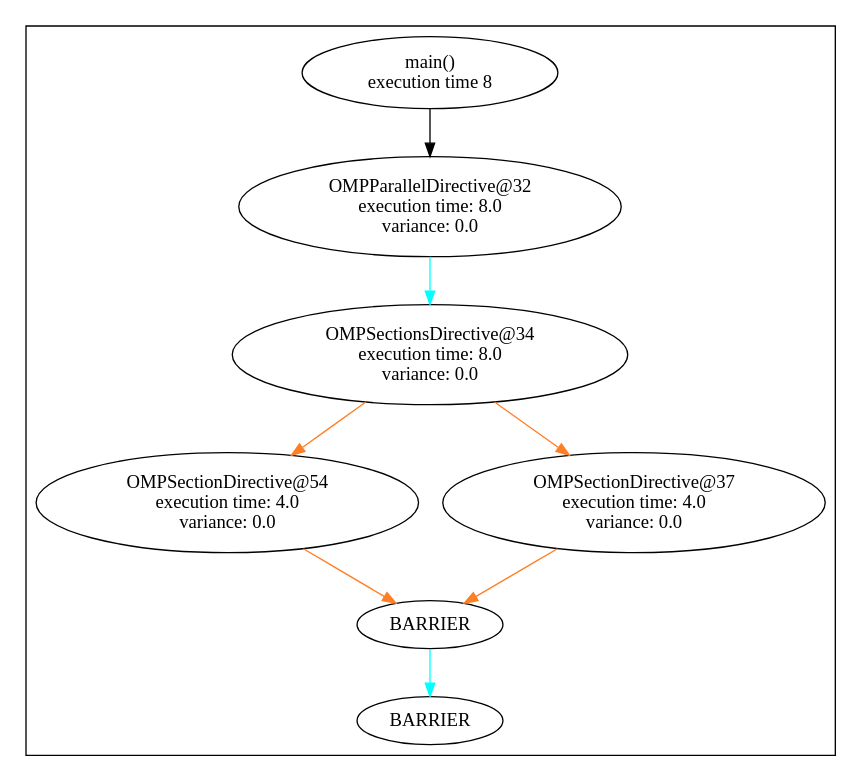
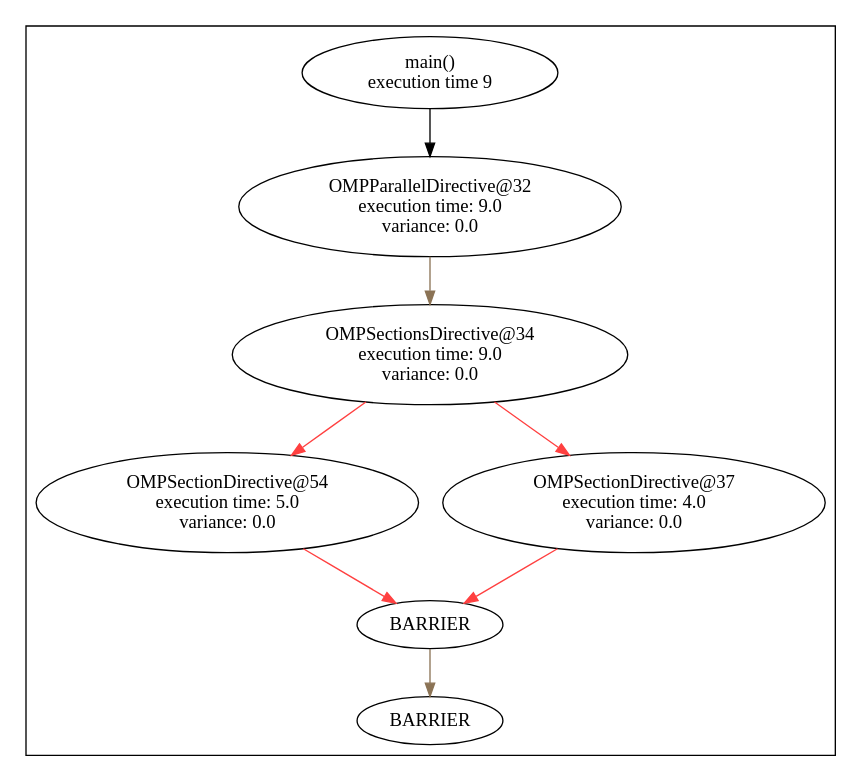
Before and after one commit to filippobrizzi/soma: the diagram in graph_sched/graphs/function_graphs.dot, drawn with Graphviz. The commit also changed 12 other files, not shown here.

```diff
--- a/graph_sched/graphs/function_graphs.dot
+++ b/graph_sched/graphs/function_graphs.dot
@@ -1,57 +1,57 @@
 digraph G {
 	graph [bb="0,0,534,566",
 		compound=true
 	];
 	node [label="\N"];
 	subgraph cluster_0 {
 		graph [bb="8,8,526,558"];
 		10		 [height=0.74639,
-			label="main()\nexecution time 8",
+			label="main()\nexecution time 9",
 			pos="267,523",
 			root=10,
 			width=2.1972];
 		32		 [height=1.041,
-			label="OMPParallelDirective@32\nexecution time: 8.0\nvariance: 0.0",
+			label="OMPParallelDirective@32\nexecution time: 9.0\nvariance: 0.0",
 			pos="267,422",
 			root=10,
 			width=3.346];
 		10 -> 32		 [pos="e,267,459.63 267,495.99 267,487.91 267,478.75 267,469.72"];
 		54		 [height=1.041,
-			label="OMPSectionDirective@54\nexecution time: 4.0\nvariance: 0.0",
+			label="OMPSectionDirective@54\nexecution time: 5.0\nvariance: 0.0",
 			pos="137,198",
 			root=10,
 			width=3.346];
 		"34_end"		 [height=0.5,
 			label=BARRIER,
 			pos="267,106",
 			root=10,
 			width=1.4305];
-		54 -> "34_end"		 [color=chocolate1,
+		54 -> "34_end"		 [color=brown1,
 			pos="e,244.72,122.42 185.41,163.49 202.42,151.71 221.07,138.8 236.23,128.3"];
 		"32_end"		 [height=0.5,
 			label=BARRIER,
 			pos="267,34",
 			root=10,
 			width=1.4305];
 		37		 [height=1.041,
 			label="OMPSectionDirective@37\nexecution time: 4.0\nvariance: 0.0",
 			pos="397,198",
 			root=10,
 			width=3.346];
-		37 -> "34_end"		 [color=chocolate1,
+		37 -> "34_end"		 [color=brown1,
 			pos="e,289.28,122.42 348.59,163.49 331.58,151.71 312.93,138.8 297.77,128.3"];
 		34		 [height=1.041,
-			label="OMPSectionsDirective@34\nexecution time: 8.0\nvariance: 0.0",
+			label="OMPSectionsDirective@34\nexecution time: 9.0\nvariance: 0.0",
 			pos="267,310",
 			root=10,
 			width=3.4507];
-		34 -> 54		 [color=chocolate1,
+		34 -> 54		 [color=brown1,
 			pos="e,177.63,233.38 226.22,274.5 213.28,263.54 198.83,251.32 185.4,239.96"];
-		34 -> 37		 [color=chocolate1,
+		34 -> 37		 [color=brown1,
 			pos="e,356.37,233.38 307.78,274.5 320.72,263.54 335.17,251.32 348.6,239.96"];
-		32 -> 34		 [color=cyan,
+		32 -> 34		 [color=burlywood4,
 			pos="e,267,347.84 267,384.37 267,375.93 267,366.83 267,358.01"];
-		"34_end" -> "32_end"		 [color=cyan,
+		"34_end" -> "32_end"		 [color=burlywood4,
 			pos="e,267,52.104 267,87.697 267,79.983 267,70.712 267,62.112"];
 	}
 }
```
